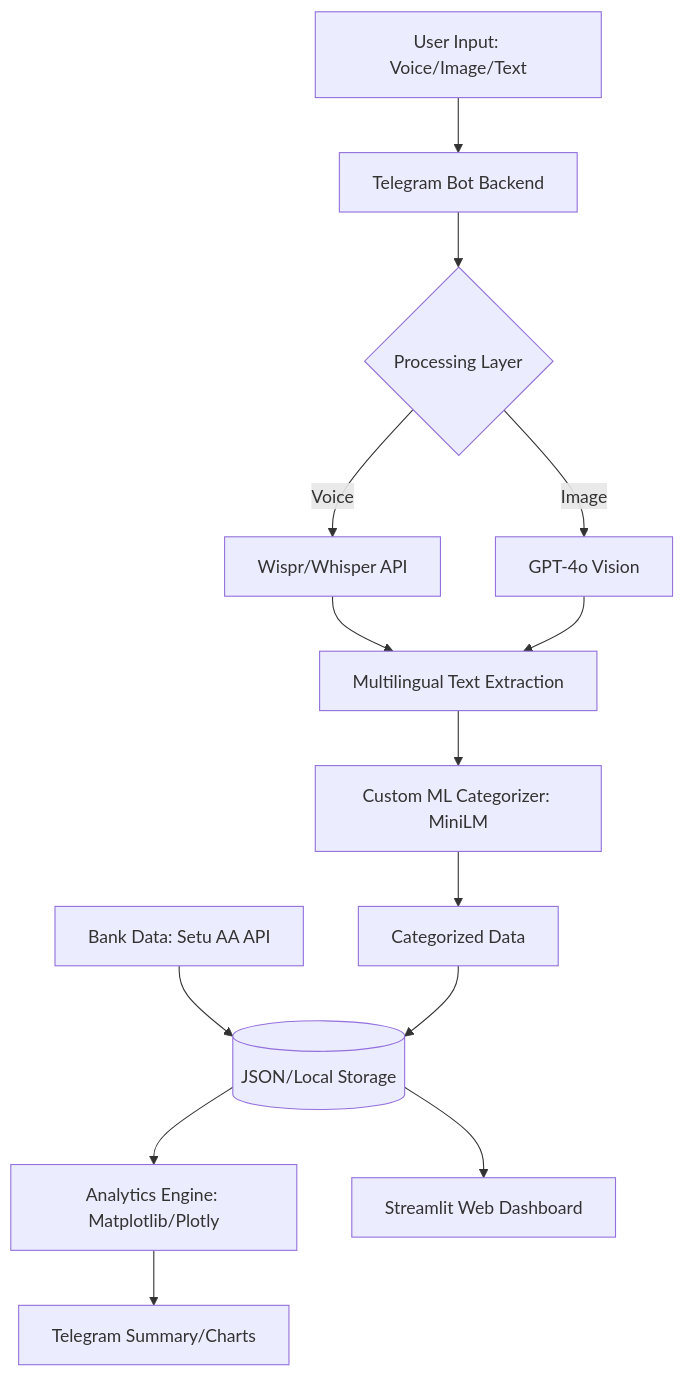
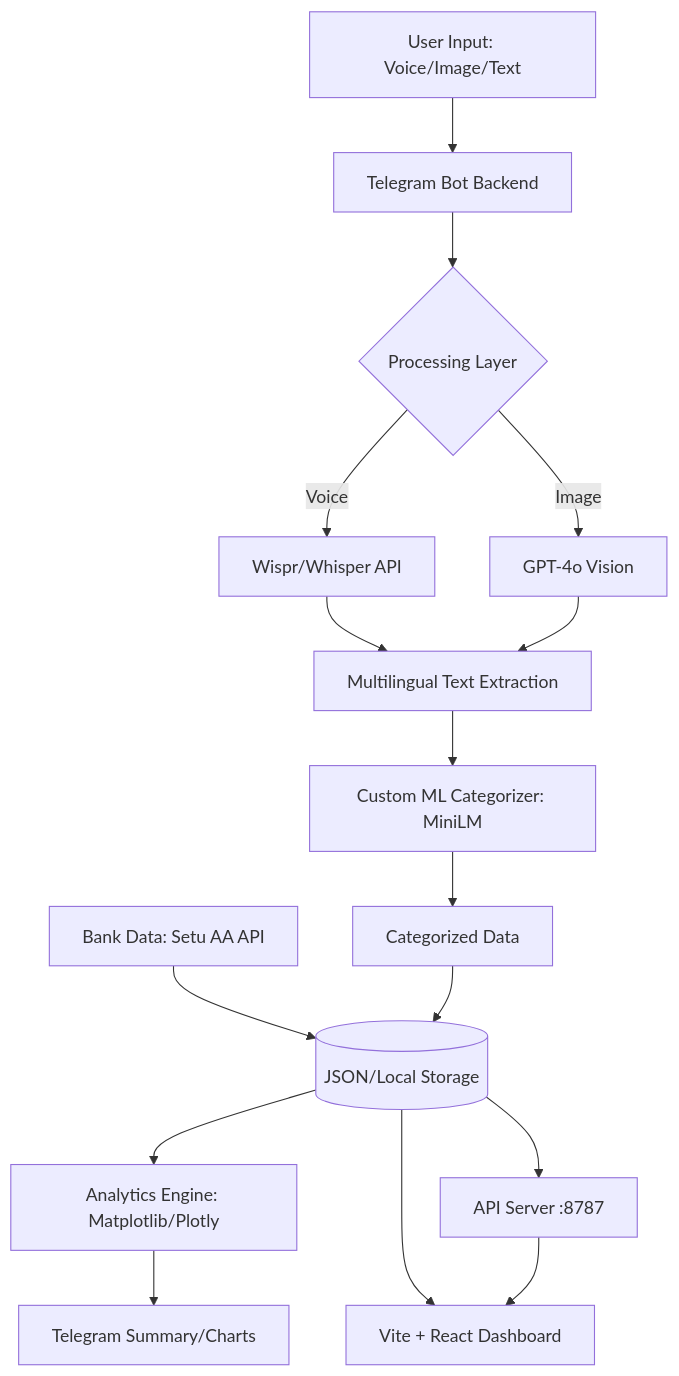
One commit to VectorFlow-vvce/Track1_Requiem changed the diagram in README.md. Above: the diagram before and after it, drawn with Mermaid. The commit also changed other lines of this file and 49 other files, not shown here.

````diff
--- a/README.md
+++ b/README.md
@@ -65,16 +95,18 @@
 ```mermaid
 graph TD
     A[User Input: Voice/Image/Text] --> B[Telegram Bot Backend]
     P[Bank Data: Setu AA API] --> I
     B --> C{Processing Layer}
     C -->|Voice| D[Wispr/Whisper API]
     C -->|Image| E[GPT-4o Vision]
     D --> F[Multilingual Text Extraction]
     E --> F
     F --> G[Custom ML Categorizer: MiniLM]
     G --> H[Categorized Data]
     H --> I[(JSON/Local Storage)]
     I --> J[Analytics Engine: Matplotlib/Plotly]
     J --> K[Telegram Summary/Charts]
-    I --> L[Streamlit Web Dashboard]
+    I --> L[Vite + React Dashboard]
+    I --> M[API Server :8787]
+    M --> L
 ```
````
